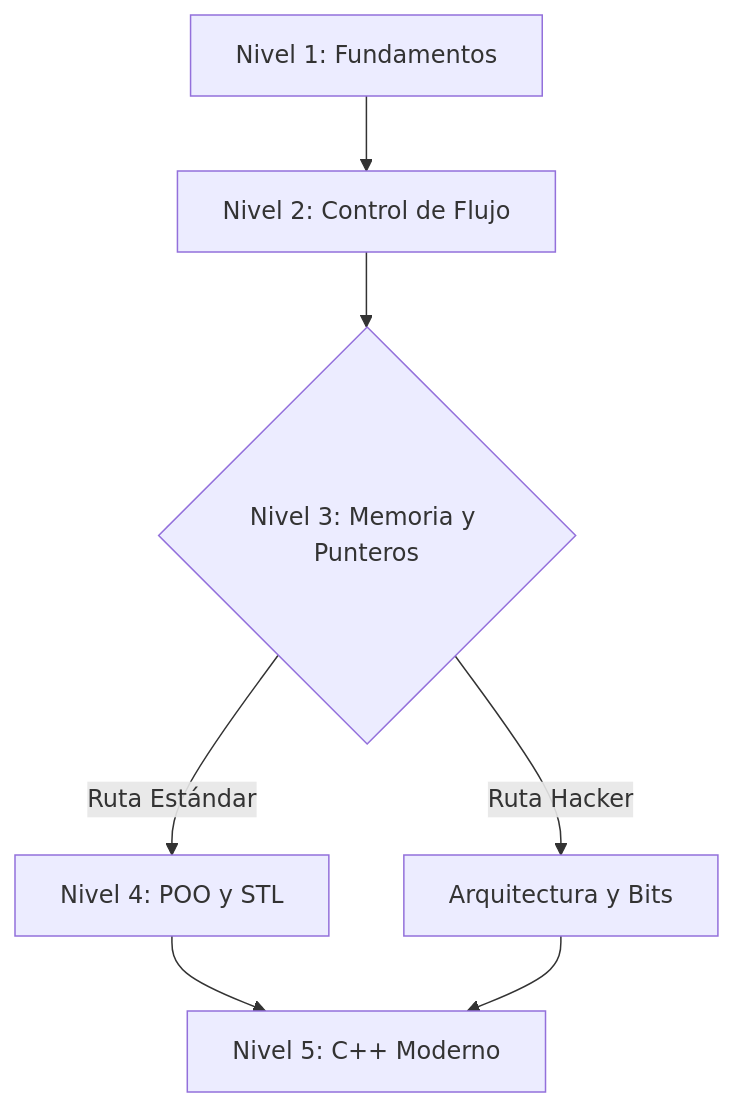
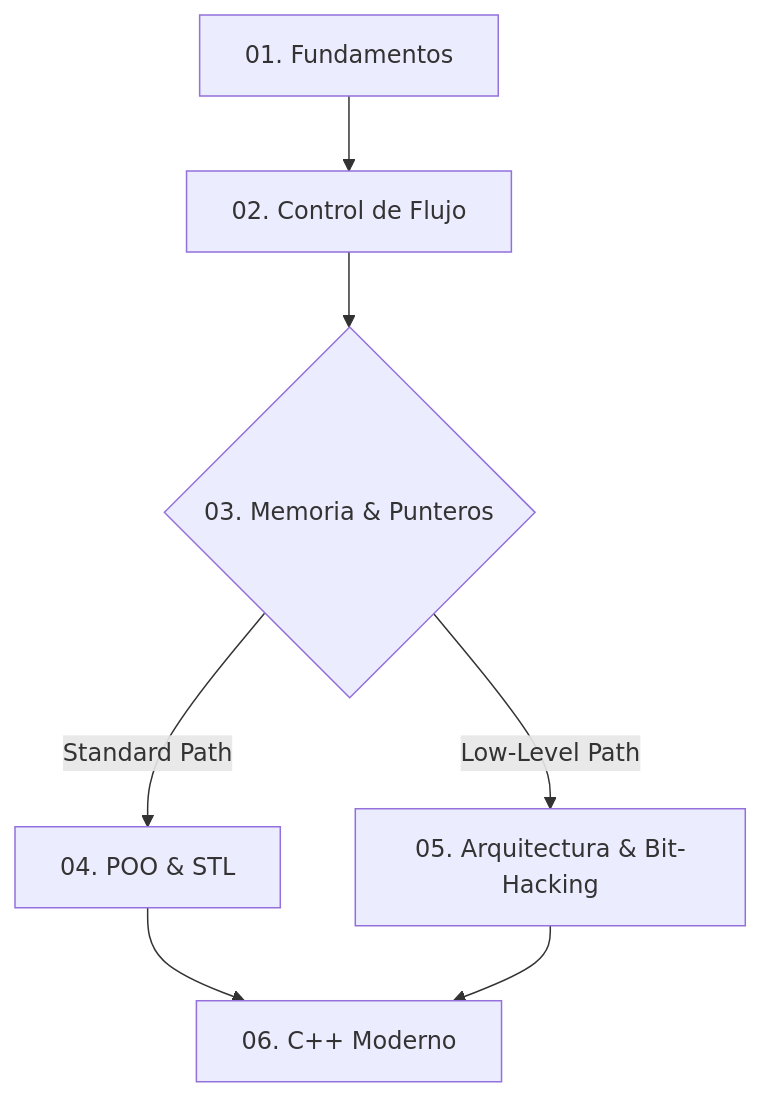
Before and after one commit to MarvinCif/Portafolio_C_mas_mas: the diagram in README.md, drawn with Mermaid. The commit also changed other lines of this file, not shown here.

````diff
--- a/README.md
+++ b/README.md
@@ -20,9 +25,9 @@
 ```mermaid
 graph TD;
-  A[Nivel 1: Fundamentos] --> B[Nivel 2: Control de Flujo];
-  B --> C{Nivel 3: Memoria y Punteros};
-  C -->|Ruta Estándar| D[Nivel 4: POO y STL];
-  C -->|Ruta Hacker| E[Arquitectura y Bits];
-  D --> F[Nivel 5: C++ Moderno];
+  A[01. Fundamentos] --> B[02. Control de Flujo];
+  B --> C{03. Memoria & Punteros};
+  C -->|Standard Path| D[04. POO & STL];
+  C -->|Low-Level Path| E[05. Arquitectura & Bit-Hacking];
+  D --> F[06. C++ Moderno];
   E --> F;
 ```
````
